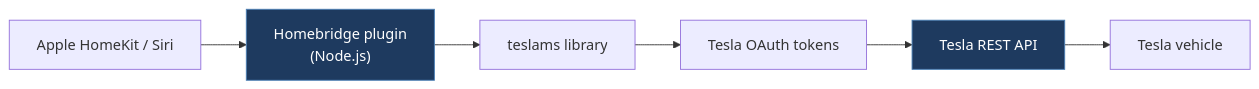
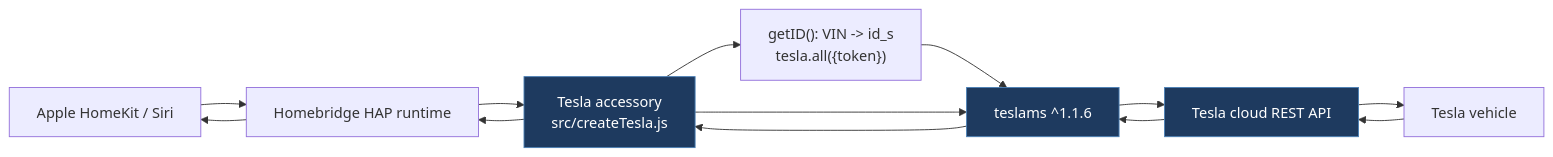
The first of 2 diagrams in docs/legacy/rjyo-homebridge-tesla-remote.md (babico/TeslaCANModder), drawn with Mermaid before and after one commit. The commit also changed other lines of this file and 99 other files, not shown here.

````diff
--- a/docs/legacy/rjyo-homebridge-tesla-remote.md
+++ b/docs/legacy/rjyo-homebridge-tesla-remote.md
@@ -19,10 +65,13 @@
 ```mermaid
 flowchart LR
-    HomeKit["Apple HomeKit / Siri"] --> Plugin["Homebridge plugin<br/>(Node.js)"]
-    Plugin --> Teslams["teslams library"]
-    Teslams --> OAuth["Tesla OAuth tokens"]
-    OAuth --> API["Tesla REST API"]
+    HomeKit["Apple HomeKit / Siri"] --> HAP["Homebridge HAP runtime"]
+    HAP --> Acc["Tesla accessory<br/>src/createTesla.js"]
+    Acc --> GetID["getID(): VIN -> id_s<br/>tesla.all({token})"]
+    GetID --> Teslams["teslams ^1.1.6"]
+    Acc --> Teslams
+    Teslams --> API["Tesla cloud REST API"]
     API --> Car["Tesla vehicle"]
+    Car --> API --> Teslams --> Acc --> HAP --> HomeKit
     classDef path fill:#1e3a5f,stroke:#4a7fb5,color:#fff
-    class Plugin,API path
+    class Acc,Teslams,API path
 ```
````
